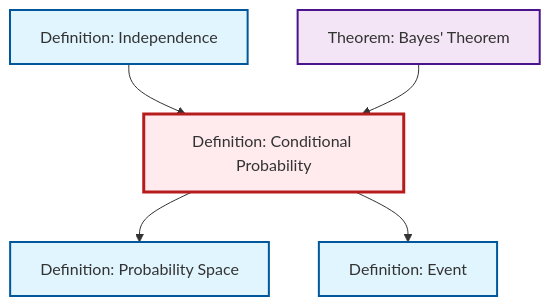
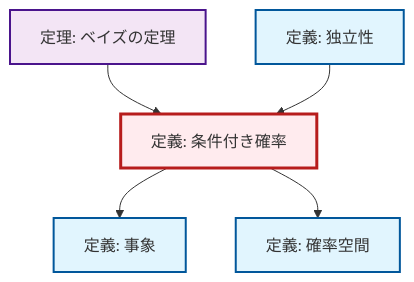
The diagram in content/ja/probability-statistics/def-conditional-probability.qmd (RK0429/ModernMath), drawn with Mermaid before and after one commit. The commit also changed 1069 other files, not shown here.

````diff
--- a/content/ja/probability-statistics/def-conditional-probability.qmd
+++ b/content/ja/probability-statistics/def-conditional-probability.qmd
@@ -70,23 +70,23 @@
 ```{mermaid}
 %%| fig-cap: "Local dependency graph"
 graph TD
     classDef definition fill:#e1f5fe,stroke:#01579b,stroke-width:2px
     classDef theorem fill:#f3e5f5,stroke:#4a148c,stroke-width:2px
     classDef axiom fill:#fff3e0,stroke:#e65100,stroke-width:2px
     classDef example fill:#e8f5e9,stroke:#1b5e20,stroke-width:2px
     classDef current fill:#ffebee,stroke:#b71c1c,stroke-width:3px
-    def-event["Definition: Event"]:::definition
-    def-conditional-probability["Definition: Conditional Probability"]:::definition
-    thm-bayes["Theorem: Bayes' Theorem"]:::theorem
-    def-independence["Definition: Independence"]:::definition
-    def-probability-space["Definition: Probability Space"]:::definition
+    def-conditional-probability["定義: 条件付き確率"]:::definition
+    def-event["定義: 事象"]:::definition
+    thm-bayes["定理: ベイズの定理"]:::theorem
+    def-probability-space["定義: 確率空間"]:::definition
+    def-independence["定義: 独立性"]:::definition
+    def-conditional-probability --> def-event
+    thm-bayes --> def-conditional-probability
     def-conditional-probability --> def-probability-space
-    def-conditional-probability --> def-event
     def-independence --> def-conditional-probability
-    thm-bayes --> def-conditional-probability
     class def-conditional-probability current
-    click def-event "def-event.html" "Definition: Eventへ"
-    click thm-bayes "thm-bayes.html" "Theorem: Bayes' Theoremへ"
-    click def-independence "def-independence.html" "Definition: Independenceへ"
-    click def-probability-space "def-probability-space.html" "Definition: Probability Spaceへ"
+    click def-event "def-event.html" "事象の定義へ"
+    click thm-bayes "thm-bayes.html" "ベイズの定理の定理へ"
+    click def-probability-space "def-probability-space.html" "確率空間の定義へ"
+    click def-independence "def-independence.html" "独立性の定義へ"
 ```
````
